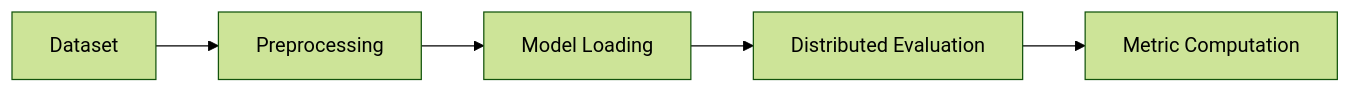
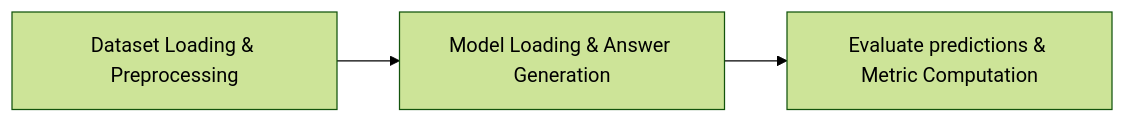
Before and after one commit to sunnyduan-oss/internvl_verl_evaluate: the diagram in README.md, drawn with Mermaid (forest theme). The commit also changed other lines of this file, not shown here.

````diff
--- a/README.md
+++ b/README.md
@@ -45,7 +45,5 @@
 ```mermaid
 flowchart LR
-    A[Dataset] --> B[Preprocessing]
-    B --> C[Model Loading]
-    C --> D[Distributed Evaluation]
-    D --> E[Metric Computation]
+    A[Dataset Loading & Preprocessing] -->
+    B[Model Loading & Answer Generation] --> C[Evaluate predictions & Metric Computation]
 ```
````
